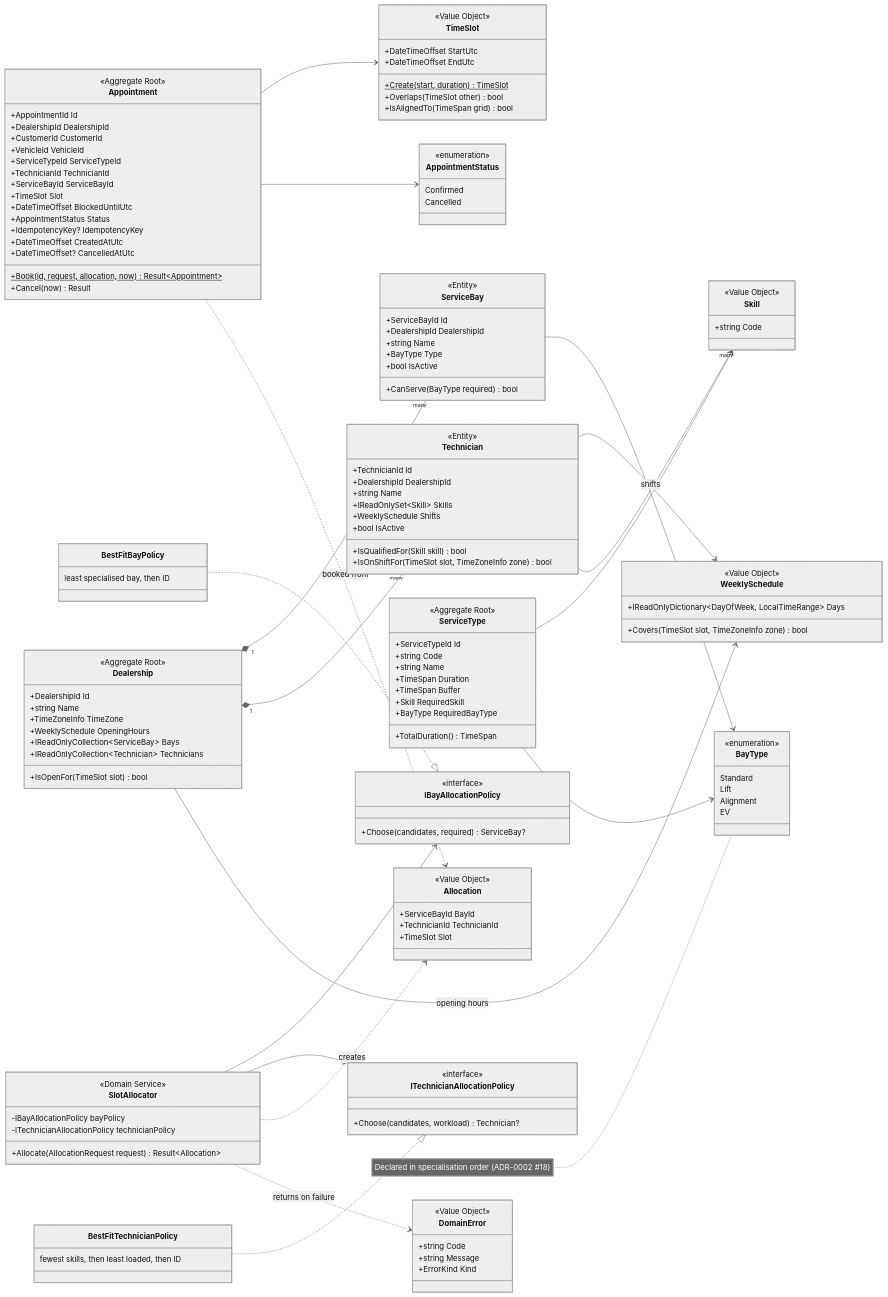
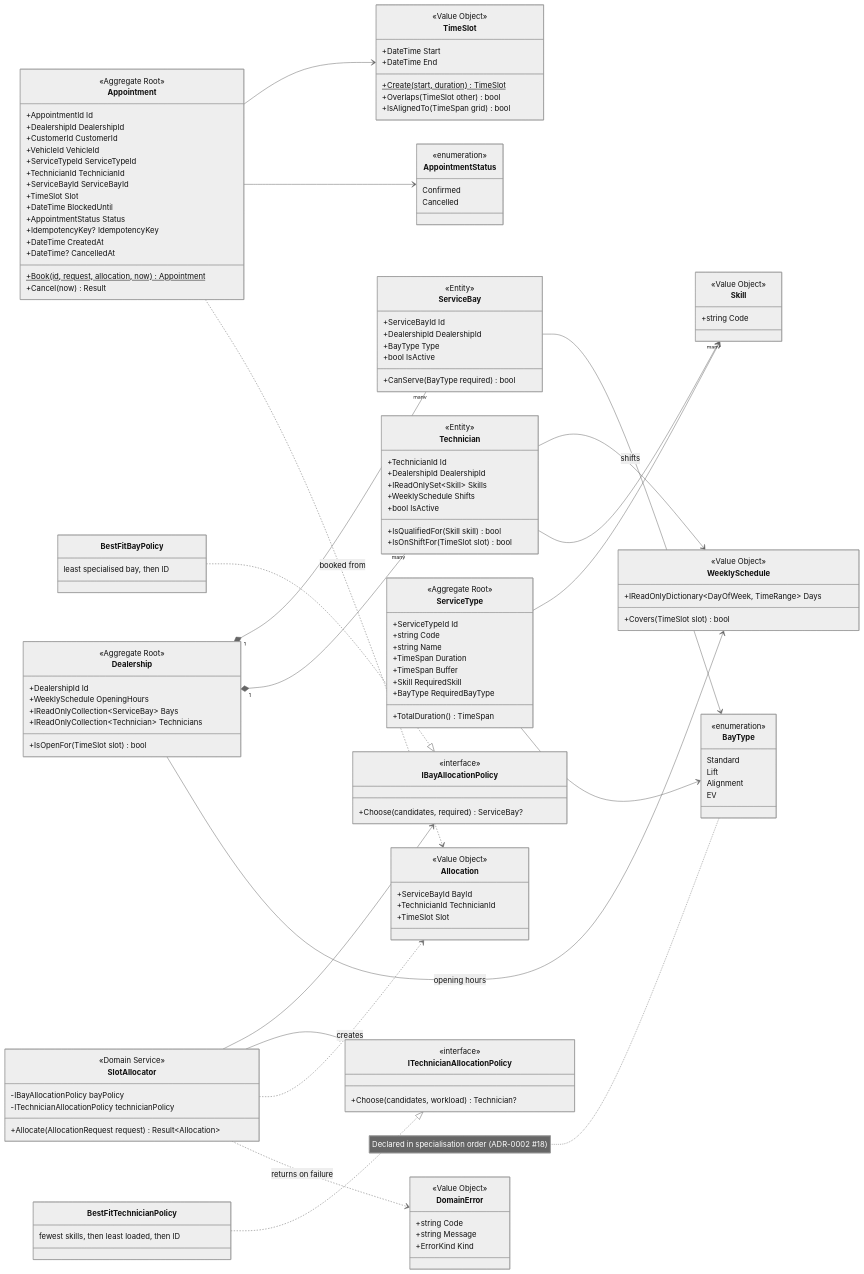
The fifth of 10 diagrams in docs/system-design.md (VietDangiT/unified-service-scheduler), drawn with Mermaid (neutral theme) before and after one commit. The commit also changed other lines of this file and 83 other files, not shown here.

First line of the commit message:
feat: book an appointment end to end on one clock (step 4 straight path)

```diff
--- a/docs/system-design.md
+++ b/docs/system-design.md
@@ -284,12 +284,12 @@
         +TechnicianId TechnicianId
         +ServiceBayId ServiceBayId
         +TimeSlot Slot
-        +DateTimeOffset BlockedUntilUtc
+        +DateTime BlockedUntil
         +AppointmentStatus Status
         +IdempotencyKey? IdempotencyKey
-        +DateTimeOffset CreatedAtUtc
-        +DateTimeOffset? CancelledAtUtc
-        +Book(id, request, allocation, now)$ Result~Appointment~
+        +DateTime CreatedAt
+        +DateTime? CancelledAt
+        +Book(id, request, allocation, now)$ Appointment
         +Cancel(now) Result
     }
 
@@ -301,8 +301,8 @@
 
     class TimeSlot {
         <<Value Object>>
-        +DateTimeOffset StartUtc
-        +DateTimeOffset EndUtc
+        +DateTime Start
+        +DateTime End
         +Create(start, duration)$ TimeSlot
         +Overlaps(TimeSlot other) bool
         +IsAlignedTo(TimeSpan grid) bool
@@ -311,8 +311,6 @@
     class Dealership {
         <<Aggregate Root>>
         +DealershipId Id
-        +string Name
-        +TimeZoneInfo TimeZone
         +WeeklySchedule OpeningHours
         +IReadOnlyCollection~ServiceBay~ Bays
         +IReadOnlyCollection~Technician~ Technicians
@@ -323,7 +321,6 @@
         <<Entity>>
         +ServiceBayId Id
         +DealershipId DealershipId
-        +string Name
         +BayType Type
         +bool IsActive
         +CanServe(BayType required) bool
@@ -333,18 +330,17 @@
         <<Entity>>
         +TechnicianId Id
         +DealershipId DealershipId
-        +string Name
         +IReadOnlySet~Skill~ Skills
         +WeeklySchedule Shifts
         +bool IsActive
         +IsQualifiedFor(Skill skill) bool
-        +IsOnShiftFor(TimeSlot slot, TimeZoneInfo zone) bool
+        +IsOnShiftFor(TimeSlot slot) bool
     }
 
     class WeeklySchedule {
         <<Value Object>>
-        +IReadOnlyDictionary~DayOfWeek, LocalTimeRange~ Days
-        +Covers(TimeSlot slot, TimeZoneInfo zone) bool
+        +IReadOnlyDictionary~DayOfWeek, TimeRange~ Days
+        +Covers(TimeSlot slot) bool
     }
 
     class ServiceType {
```
